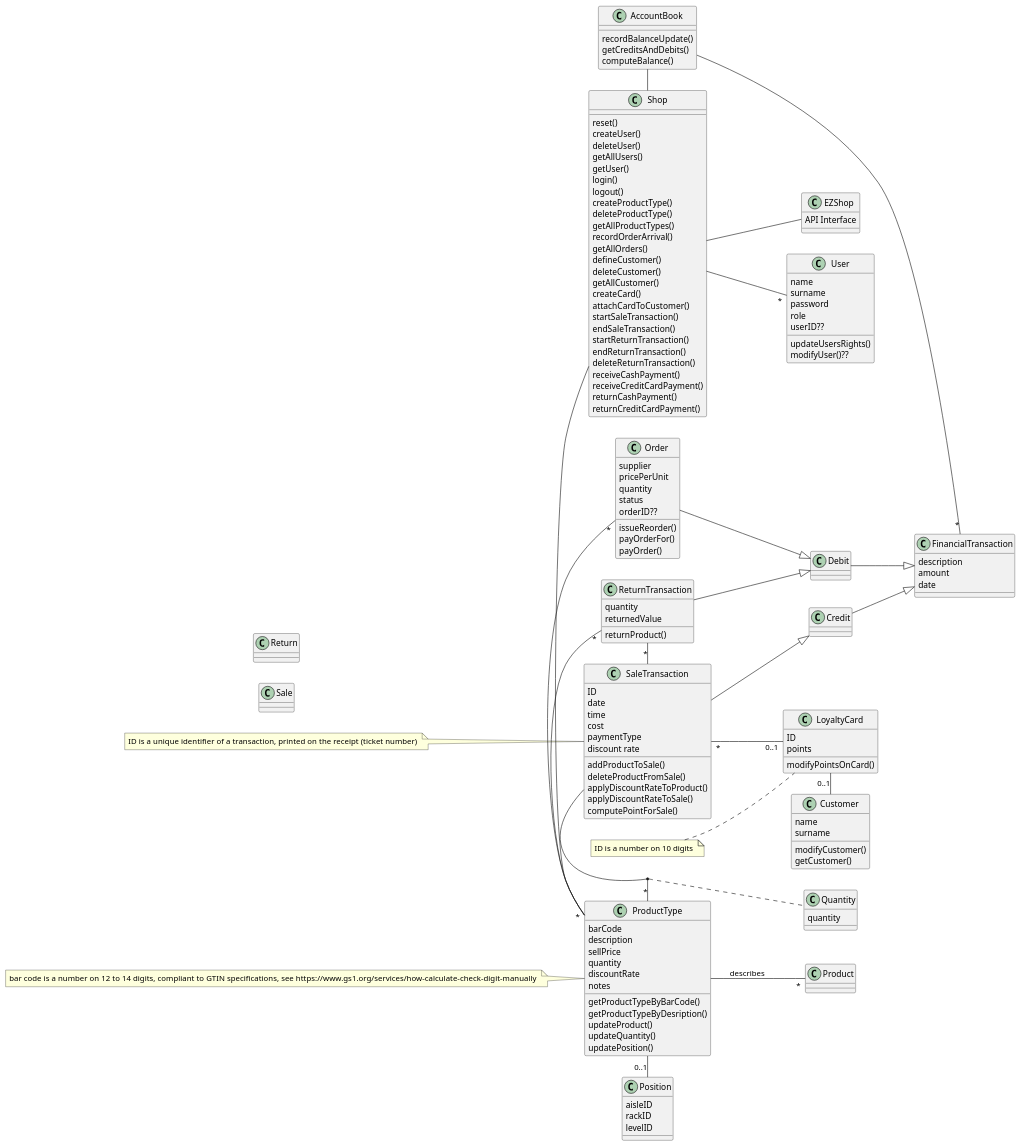
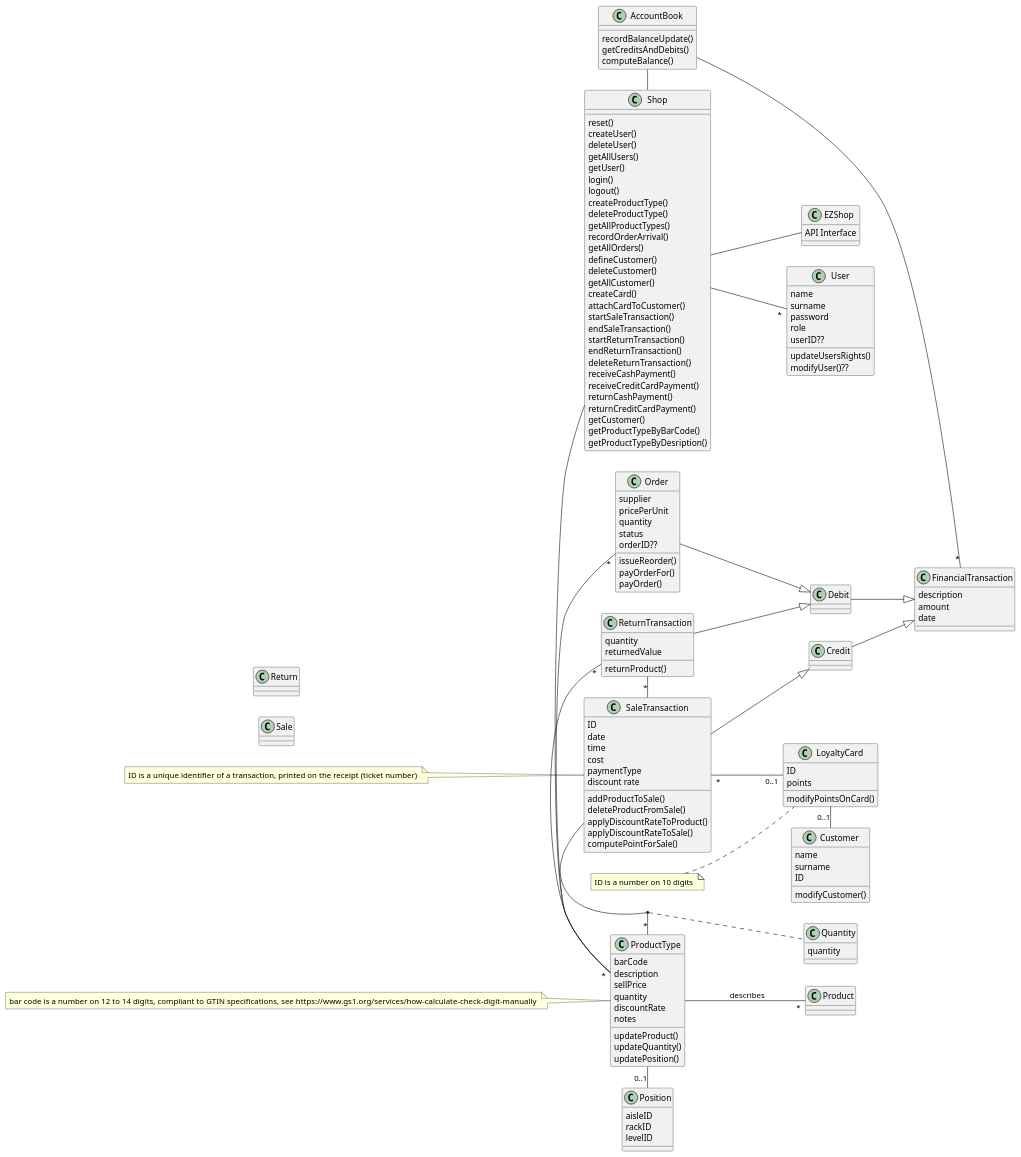
The diagram in Deliverables/DesignDocument.md (b3xul/ezshop), drawn with PlantUML before and after one commit.

```diff
--- a/Deliverables/DesignDocument.md
+++ b/Deliverables/DesignDocument.md
@@ -81,7 +81,9 @@
     receiveCreditCardPayment()
     returnCashPayment()
     returnCreditCardPayment()
-    
+    getCustomer()
+    getProductTypeByBarCode()
+    getProductTypeByDesription()
 }
 class User{
     name
@@ -127,8 +129,7 @@
     quantity
     discountRate
     notes
-    getProductTypeByBarCode()
-    getProductTypeByDesription()
+    
     updateProduct()
     updateQuantity()
     updatePosition()
@@ -166,8 +167,8 @@
 class Customer {
     name
     surname
+    ID
     modifyCustomer()
-    getCustomer()
 }
 
 LoyaltyCard "0..1" - Customer
```
